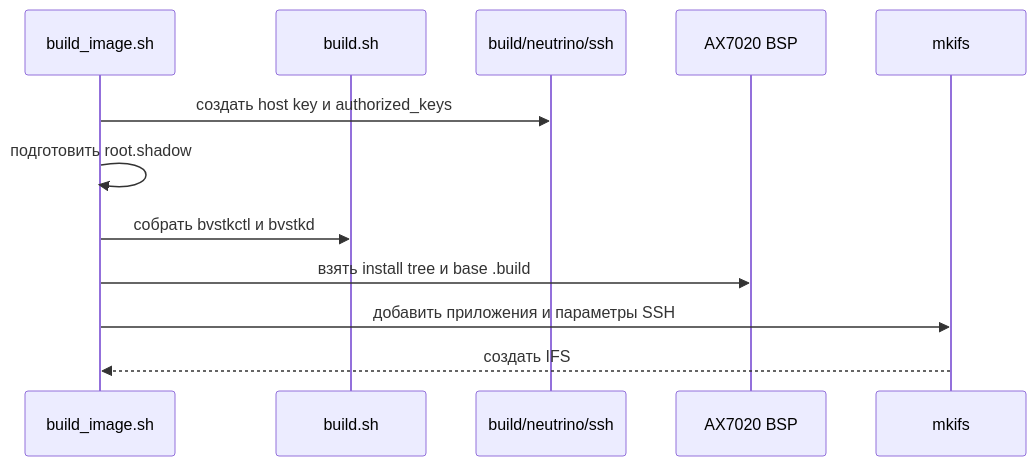
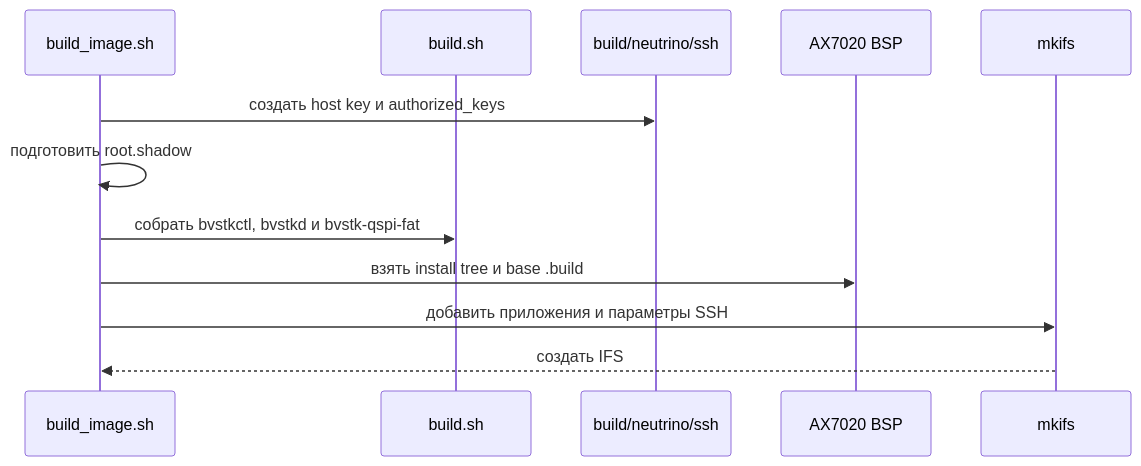
One commit to igtrefilov/bvstk changed the second of 2 diagrams in docs/dev/build.md. Above: the diagram before and after it, drawn with Mermaid. The commit also changed other lines of this file and 19 other files, not shown here.

````diff
--- a/docs/dev/build.md
+++ b/docs/dev/build.md
@@ -162,15 +164,15 @@
 ```mermaid
 sequenceDiagram
     participant Build as build_image.sh
     participant Apps as build.sh
     participant Keys as build/neutrino/ssh
     participant BSP as AX7020 BSP
     participant Mkifs as mkifs
 
     Build->>Keys: создать host key и authorized_keys
     Build->>Build: подготовить root.shadow
-    Build->>Apps: собрать bvstkctl и bvstkd
+    Build->>Apps: собрать bvstkctl, bvstkd и bvstk-qspi-fat
     Build->>BSP: взять install tree и base .build
     Build->>Mkifs: добавить приложения и параметры SSH
     Mkifs-->>Build: создать IFS
 ```
````
